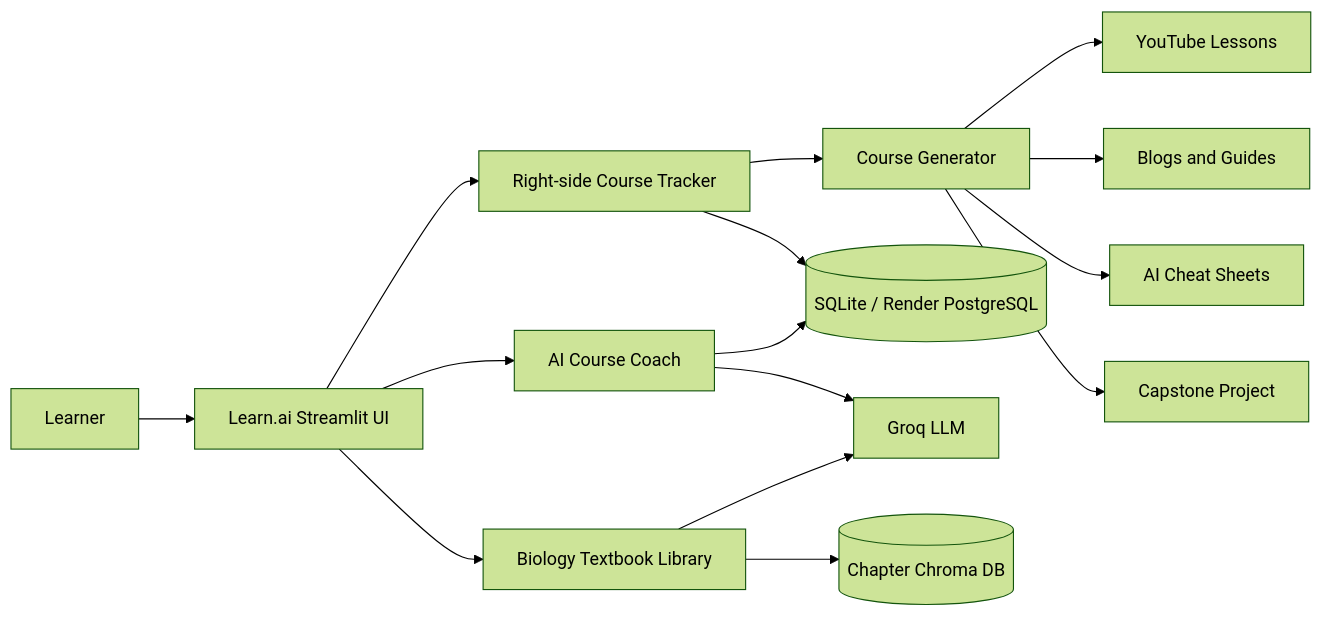
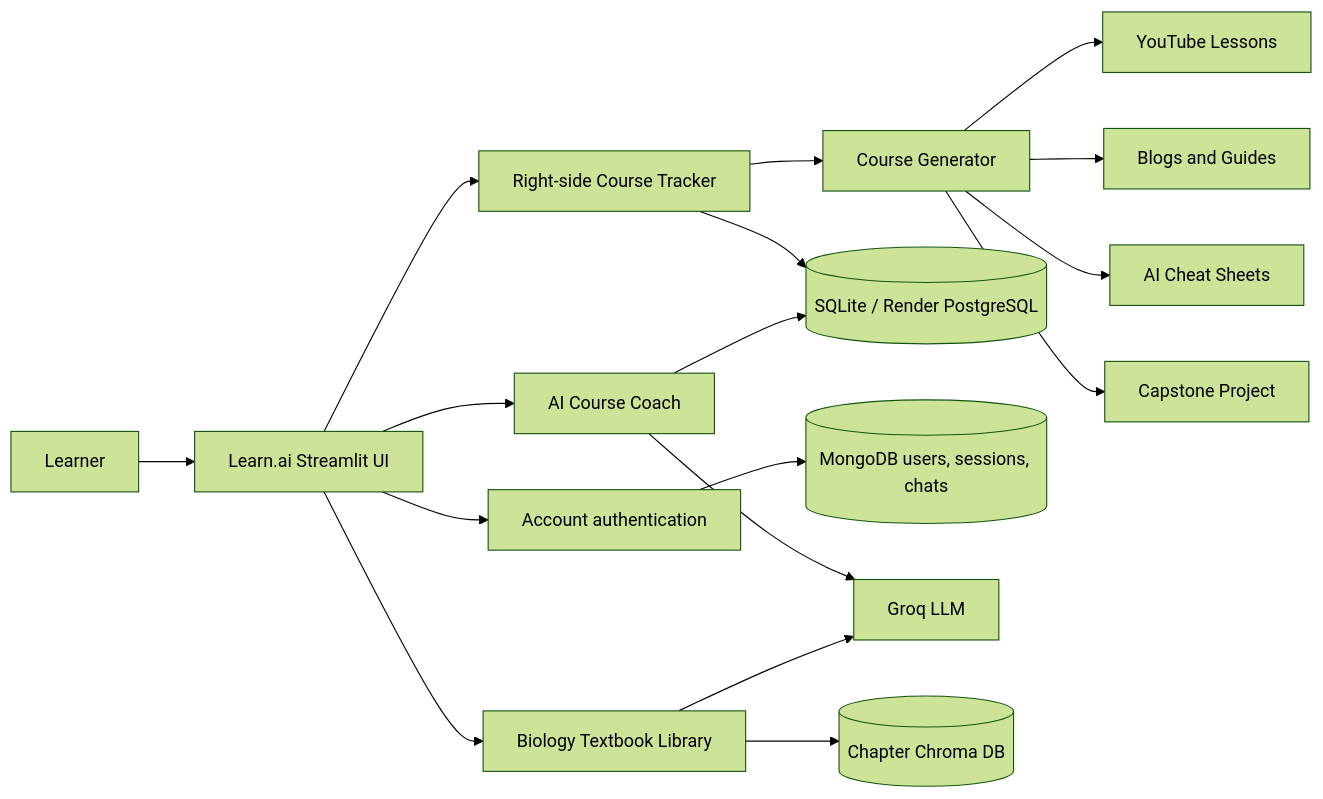
Before and after one commit to mfslovely/project_StudyHere: the diagram in README.md, drawn with Mermaid (forest theme). The commit also changed other lines of this file and 4 other files, not shown here.

````diff
--- a/README.md
+++ b/README.md
@@ -21,19 +25,21 @@
 ```mermaid
 flowchart LR
     U[Learner] --> UI[Learn.ai Streamlit UI]
     UI --> C[AI Course Coach]
     UI --> T[Right-side Course Tracker]
     UI --> B[Biology Textbook Library]
 
     T --> G[Course Generator]
     G --> Y[YouTube Lessons]
     G --> W[Blogs and Guides]
     G --> S[AI Cheat Sheets]
     G --> P[Capstone Project]
 
     T --> DB[(SQLite / Render PostgreSQL)]
+    UI --> A[Account authentication]
+    A --> M[(MongoDB users, sessions, chats)]
     C --> L[Groq LLM]
     C --> DB
     B --> V[(Chapter Chroma DB)]
     B --> L
 ```
````
